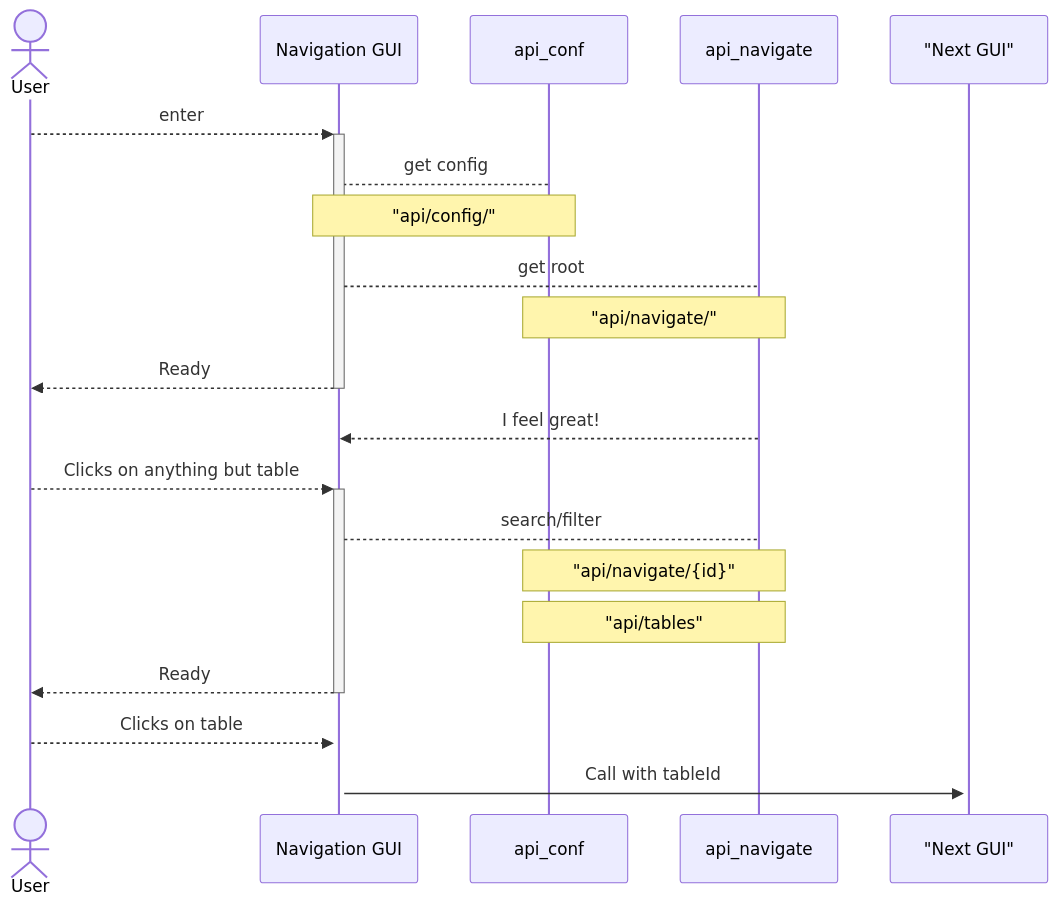
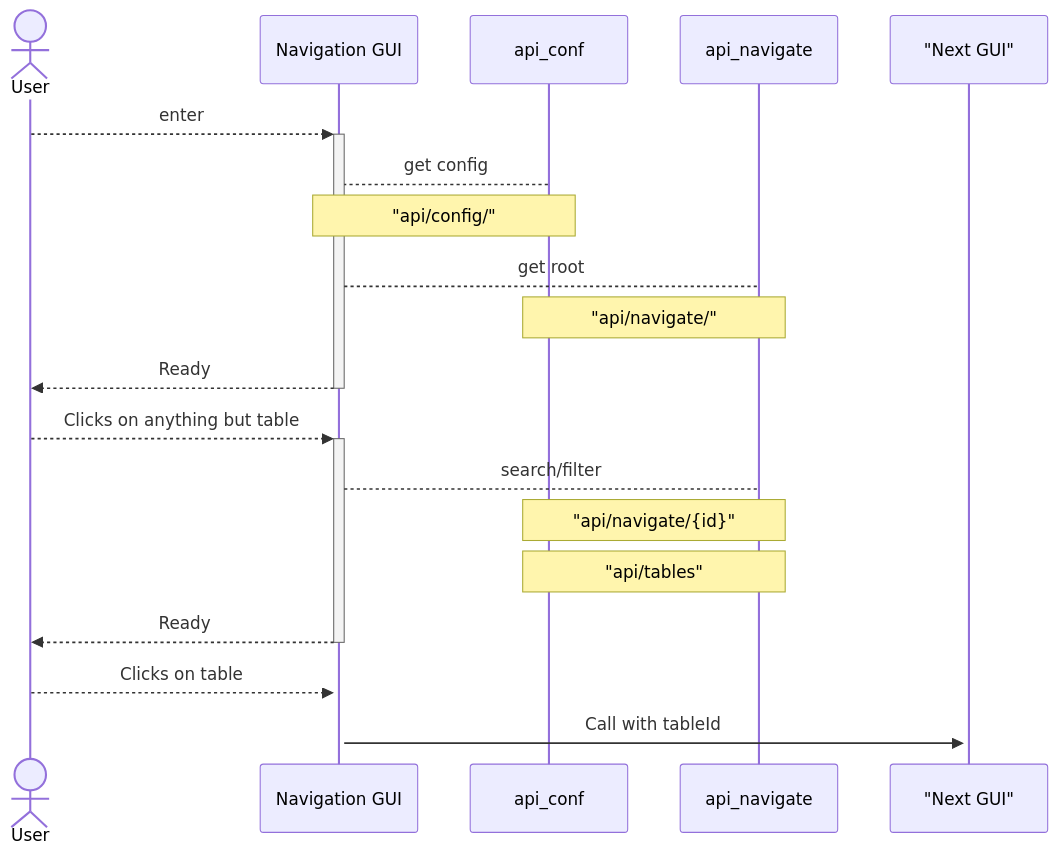
Before and after one commit to PxTools/PxApiSpecs: the diagram in sketches/NavigationGuiSeq.md, drawn with Mermaid.

````diff
--- a/sketches/NavigationGuiSeq.md
+++ b/sketches/NavigationGuiSeq.md
@@ -3,19 +3,19 @@
 ```mermaid
 sequenceDiagram
     actor User
     participant GUI as Navigation GUI
     User-->>+GUI:enter
     api_conf-->GUI:get config
     Note over GUI, api_conf: "api/config/"
     GUI-->api_navigate: get root
     Note over api_conf, api_navigate: "api/navigate/"
     GUI-->>-User: Ready
-    api_navigate-->>GUI: I feel great!
+    
     User-->>+GUI:Clicks on anything but table
     GUI-->api_navigate: search/filter
     Note over api_conf, api_navigate: "api/navigate/{id}"
     Note over api_conf, api_navigate: "api/tables"
     GUI-->>-User: Ready
     User-->>+GUI:Clicks on table
     GUI->>+"Next GUI": Call with tableId
 ```
````
